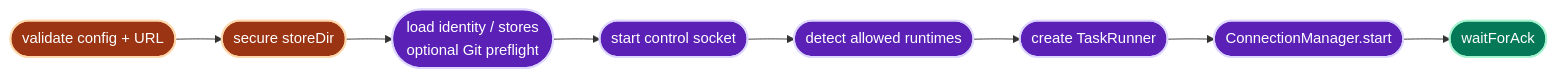
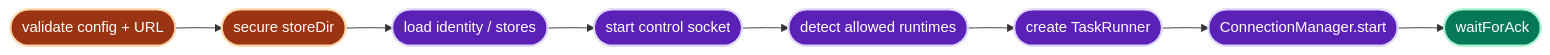
The seventh of 21 diagrams in docs/architecture/sdk-architecture.md (Ancienttwo/byok-sdk), drawn with Mermaid before and after one commit. The commit also changed other lines of this file and 13 other files, not shown here.

````diff
--- a/docs/architecture/sdk-architecture.md
+++ b/docs/architecture/sdk-architecture.md
@@ -659,17 +654,17 @@
 ```mermaid
 flowchart LR
   classDef stage fill:#5b21b6,stroke:#ddd6fe,stroke-width:2px,color:#fff
   classDef gate fill:#9a3412,stroke:#fed7aa,stroke-width:2px,color:#fff
   classDef done fill:#047857,stroke:#a7f3d0,stroke-width:2px,color:#fff
 
   Config(["validate config + URL"]):::gate
   Secure(["secure storeDir"]):::gate
-  Local(["load identity / stores<br/>optional Git preflight"]):::stage
+  Local(["load identity / stores"]):::stage
   Control(["start control socket"]):::stage
   Detect(["detect allowed runtimes"]):::stage
   Runner(["create TaskRunner"]):::stage
   Connect(["ConnectionManager.start"]):::stage
   Ack(["waitForAck"]):::done
 
   Config --> Secure --> Local --> Control --> Detect --> Runner --> Connect --> Ack
 ```
````
